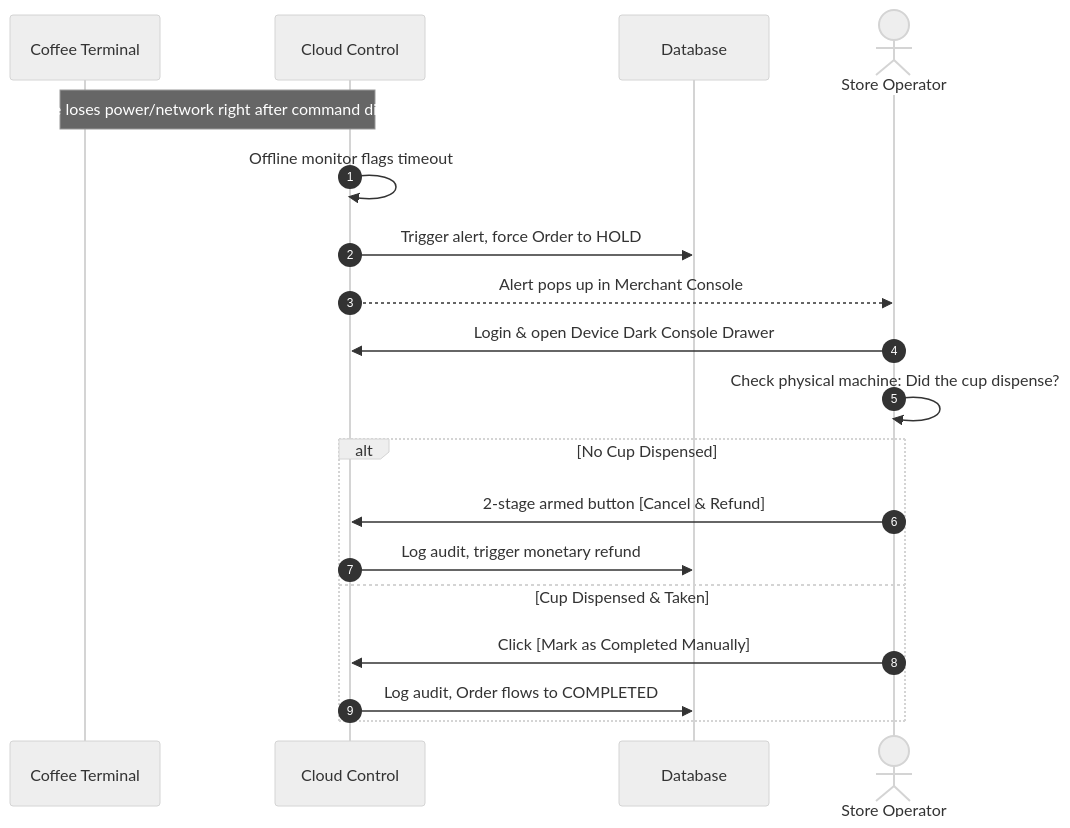
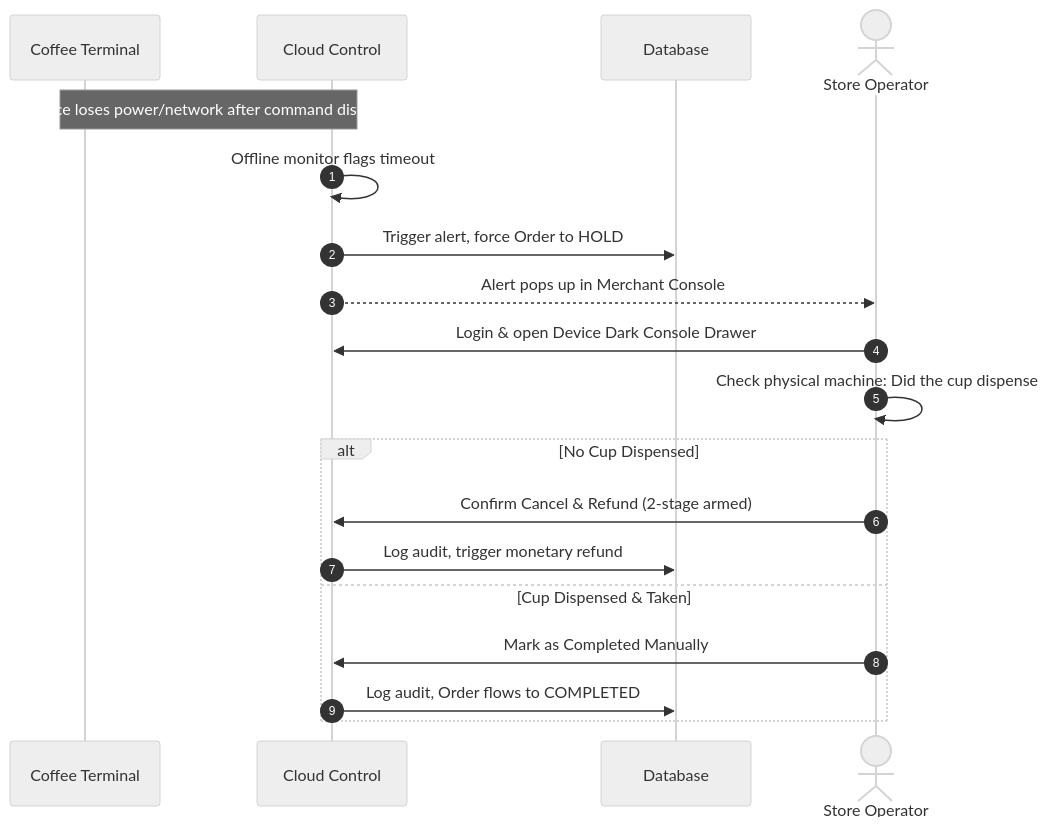
Before and after one commit to woodbridgehi/coffee-cloud-mvp: the third of 3 diagrams in README.md, drawn with Mermaid (neutral theme). The commit also changed other lines of this file and 1 other file, not shown here.

Commit message:
fix(docs): format Mermaid diagrams for strict GitHub renderer compatibility

````diff
--- a/README.md
+++ b/README.md
@@ -181,22 +181,22 @@
 ```mermaid
 sequenceDiagram
     autonumber
     participant Terminal as Coffee Terminal
     participant Cloud as Cloud Control
     participant DB as Database
     actor Operator as Store Operator
 
-    Note over Terminal,Cloud: Device loses power/network right after command dispatch
+    Note over Terminal, Cloud: Device loses power/network after command dispatch
     Cloud->>Cloud: Offline monitor flags timeout
     Cloud->>DB: Trigger alert, force Order to HOLD
     Cloud-->>Operator: Alert pops up in Merchant Console
     Operator->>Cloud: Login & open Device Dark Console Drawer
-    Operator->>Operator: Check physical machine: Did the cup dispense?
+    Operator->>Operator: Check physical machine: Did the cup dispense
     alt No Cup Dispensed
-        Operator->>Cloud: 2-stage armed button [Cancel & Refund]
+        Operator->>Cloud: Confirm Cancel & Refund (2-stage armed)
         Cloud->>DB: Log audit, trigger monetary refund
     else Cup Dispensed & Taken
-        Operator->>Cloud: Click [Mark as Completed Manually]
+        Operator->>Cloud: Mark as Completed Manually
         Cloud->>DB: Log audit, Order flows to COMPLETED
     end
 ```
````
